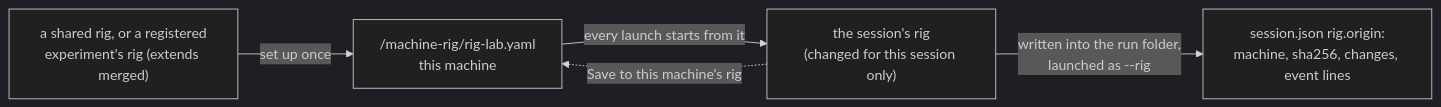
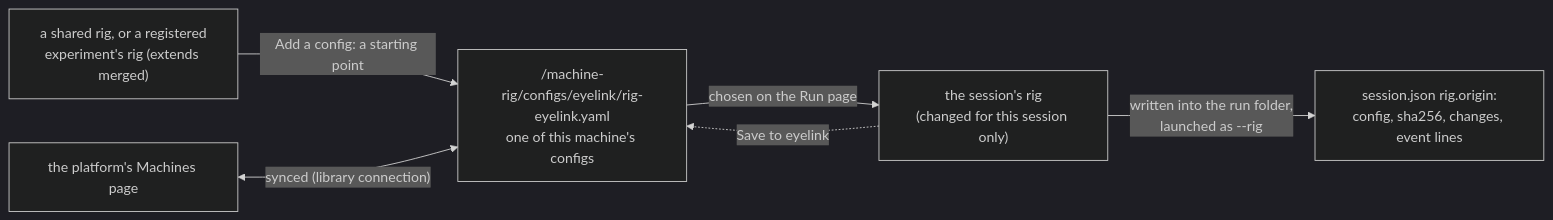
Before and after one commit to sh4r11f/alhazen: the fifth of 5 diagrams in docs/rigs.md, drawn with Mermaid (dark theme). The commit also changed other lines of this file and 49 other files, not shown here.

First line of the commit message:
Dashboard and platform: several rig configs per machine, synced (#186)

````diff
--- a/docs/rigs.md
+++ b/docs/rigs.md
@@ -404,7 +420,8 @@
 ```mermaid
 flowchart LR
-    T["a shared rig, or a registered<br/>experiment's rig (extends merged)"] -- "set up once" --> M["<state>/machine-rig/rig-lab.yaml<br/>this machine"]
-    M -- "every launch starts from it" --> S["the session's rig<br/>(changed for this session only)"]
-    S -- "written into the run folder,<br/>launched as --rig <file>" --> R["session.json rig.origin:<br/>machine, sha256, changes, event lines"]
-    S -. "Save to this machine's rig" .-> M
+    T["a shared rig, or a registered<br/>experiment's rig (extends merged)"] -- "Add a config: a starting point" --> M["<state>/machine-rig/configs/eyelink/rig-eyelink.yaml<br/>one of this machine's configs"]
+    P["the platform's Machines page"] <-- "synced (library connection)" --> M
+    M -- "chosen on the Run page" --> S["the session's rig<br/>(changed for this session only)"]
+    S -- "written into the run folder,<br/>launched as --rig <file>" --> R["session.json rig.origin:<br/>config, sha256, changes, event lines"]
+    S -. "Save to eyelink" .-> M
 ```
````
